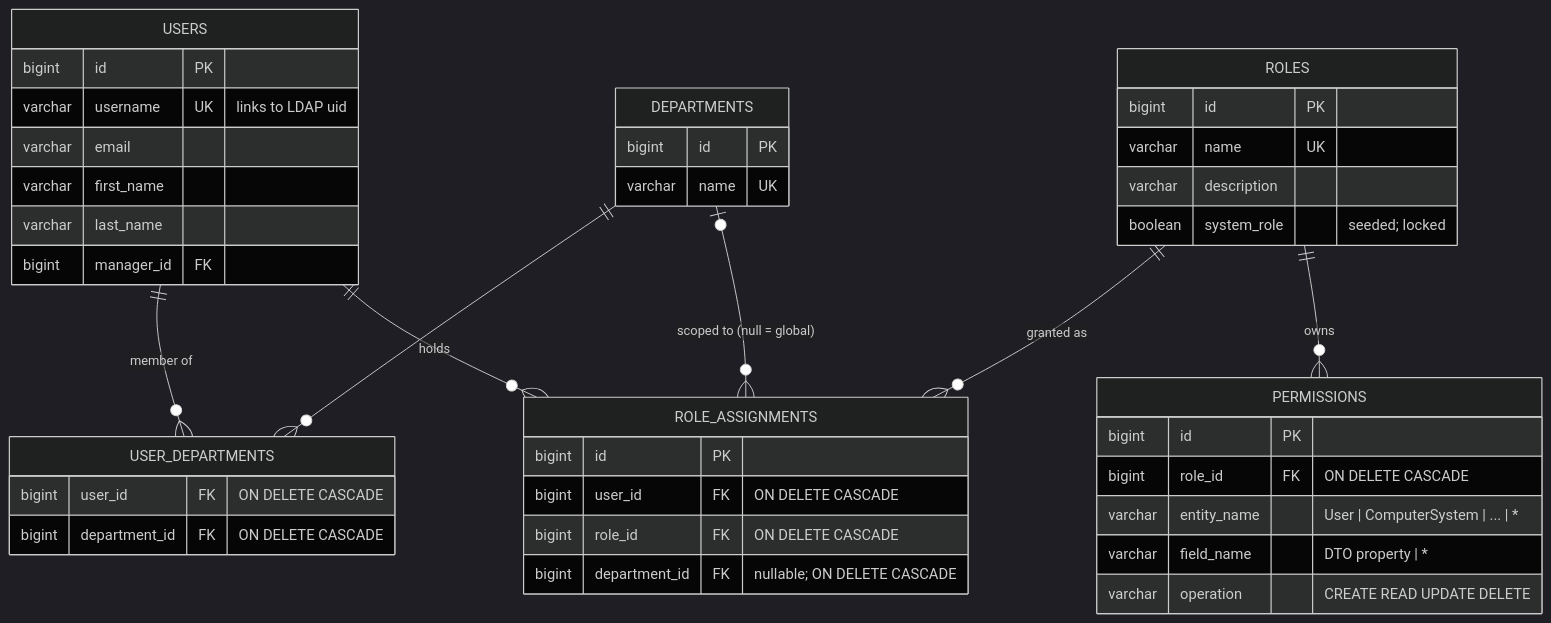
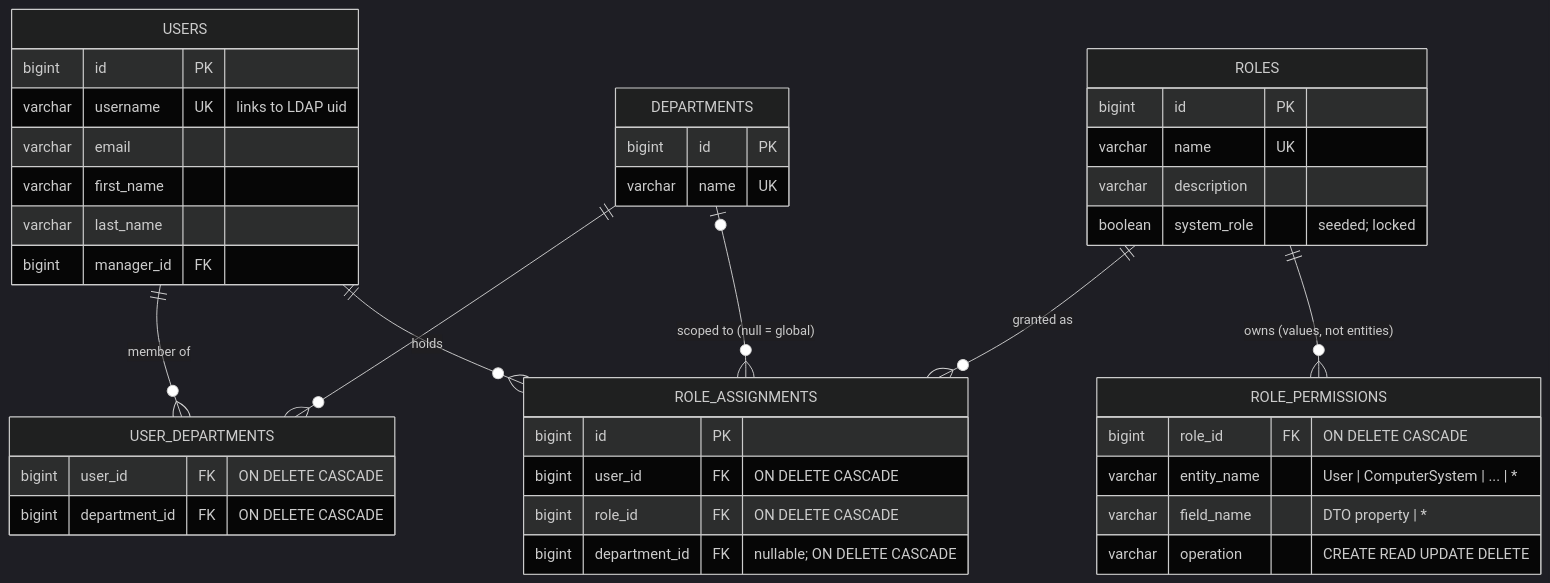
One commit to vancefm/api-demo changed the second of 8 diagrams in docs/rbac.md. Above: the diagram before and after it, drawn with Mermaid (dark theme). The commit also changed other lines of this file and 31 other files, not shown here.

````diff
--- a/docs/rbac.md
+++ b/docs/rbac.md
@@ -94,45 +95,44 @@
 ```mermaid
 erDiagram
     USERS ||--o{ USER_DEPARTMENTS : "member of"
     DEPARTMENTS ||--o{ USER_DEPARTMENTS : ""
     USERS ||--o{ ROLE_ASSIGNMENTS : "holds"
     ROLES ||--o{ ROLE_ASSIGNMENTS : "granted as"
     DEPARTMENTS |o--o{ ROLE_ASSIGNMENTS : "scoped to (null = global)"
-    ROLES ||--o{ PERMISSIONS : "owns"
+    ROLES ||--o{ ROLE_PERMISSIONS : "owns (values, not entities)"
 
     USERS {
         bigint id PK
         varchar username UK "links to LDAP uid"
         varchar email
         varchar first_name
         varchar last_name
         bigint manager_id FK
     }
     ROLES {
         bigint id PK
         varchar name UK
         varchar description
         boolean system_role "seeded; locked"
     }
-    PERMISSIONS {
-        bigint id PK
+    ROLE_PERMISSIONS {
         bigint role_id FK "ON DELETE CASCADE"
         varchar entity_name "User | ComputerSystem | ... | *"
         varchar field_name "DTO property | *"
         varchar operation "CREATE READ UPDATE DELETE"
     }
     ROLE_ASSIGNMENTS {
         bigint id PK
         bigint user_id FK "ON DELETE CASCADE"
         bigint role_id FK "ON DELETE CASCADE"
         bigint department_id FK "nullable; ON DELETE CASCADE"
     }
     DEPARTMENTS {
         bigint id PK
         varchar name UK
     }
     USER_DEPARTMENTS {
         bigint user_id FK "ON DELETE CASCADE"
         bigint department_id FK "ON DELETE CASCADE"
     }
 ```
````
